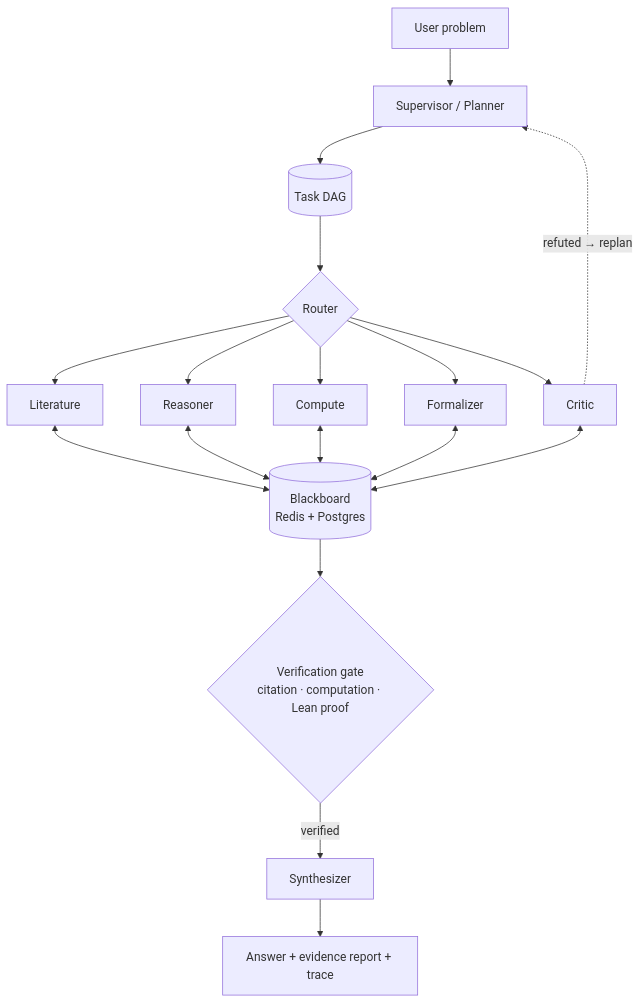
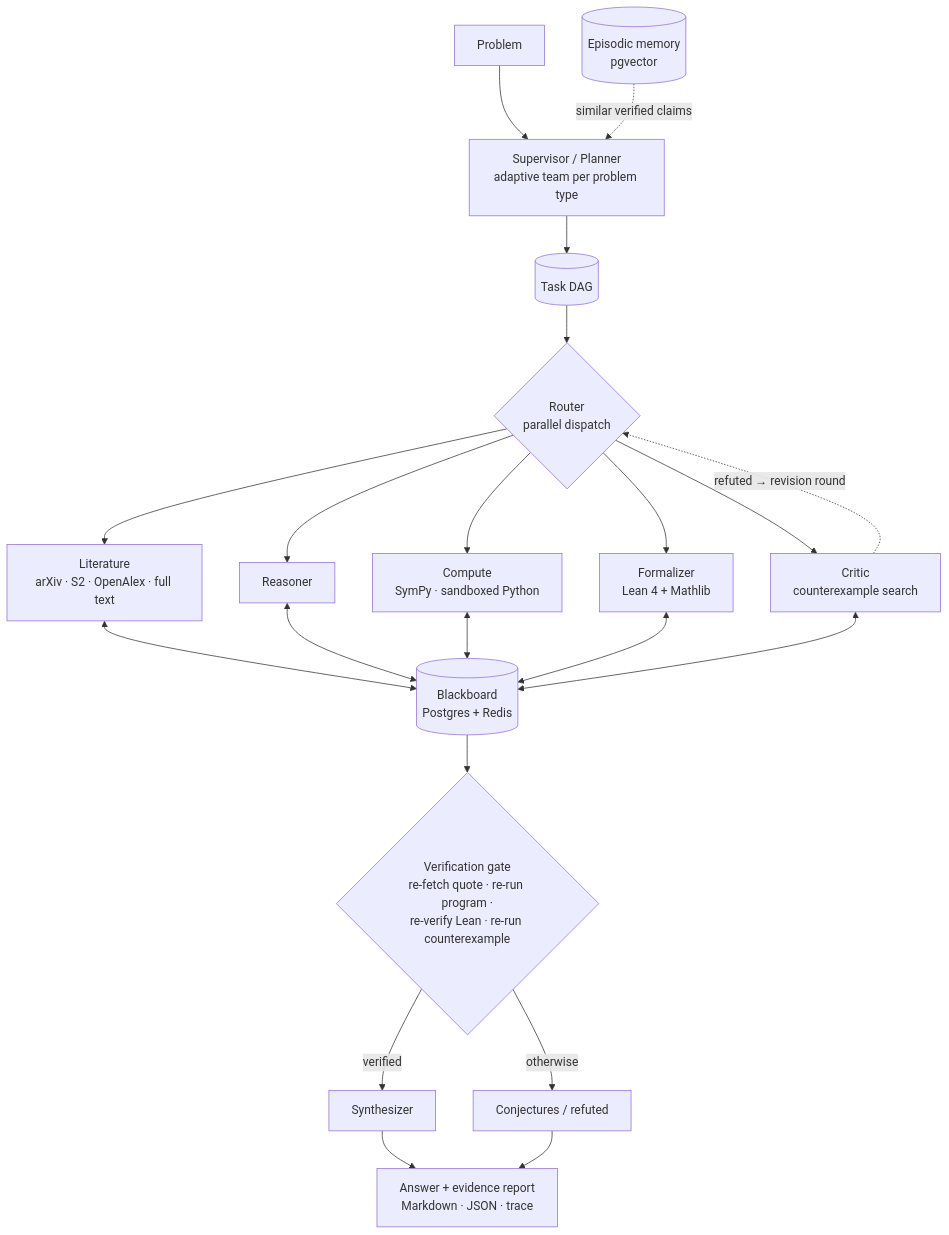
Before and after one commit to Gnanasudharsan/polymath-swarm: the diagram in README.md, drawn with Mermaid. The commit also changed other lines of this file and 42 other files, not shown here.

````diff
--- a/README.md
+++ b/README.md
@@ -16,12 +24,17 @@
 ```mermaid
 flowchart TD
-    U[User problem] --> S[Supervisor / Planner]
+    U[Problem] --> S[Supervisor / Planner<br/>adaptive team per problem type]
     S --> G[(Task DAG)]
-    G --> R{Router}
-    R --> LIT[Literature] & REA[Reasoner] & CMP[Compute] & FOR[Formalizer] & CRI[Critic]
-    LIT & REA & CMP & FOR & CRI <--> BB[(Blackboard<br/>Redis + Postgres)]
-    BB --> VG{Verification gate<br/>citation · computation · Lean proof}
-    VG -->|verified| SYN[Synthesizer]
-    CRI -.->|refuted → replan| S
-    SYN --> OUT[Answer + evidence report + trace]
+    G --> R{Router<br/>parallel dispatch}
+    R --> LIT[Literature<br/>arXiv · S2 · OpenAlex · full text]
+    R --> REA[Reasoner]
+    R --> CMP[Compute<br/>SymPy · sandboxed Python]
+    R --> FOR[Formalizer<br/>Lean 4 + Mathlib]
+    R --> CRI[Critic<br/>counterexample search]
+    LIT & REA & CMP & FOR & CRI <--> BB[(Blackboard<br/>Postgres + Redis)]
+    CRI -.->|refuted → revision round| R
+    BB --> VG{Verification gate<br/>re-fetch quote · re-run program ·<br/>re-verify Lean · re-run counterexample}
+    VG -->|verified| SYN[Synthesizer] --> OUT[Answer + evidence report<br/>Markdown · JSON · trace]
+    VG -->|otherwise| CJ[Conjectures / refuted] --> OUT
+    M[(Episodic memory<br/>pgvector)] -.->|similar verified claims| S
 ```
````
